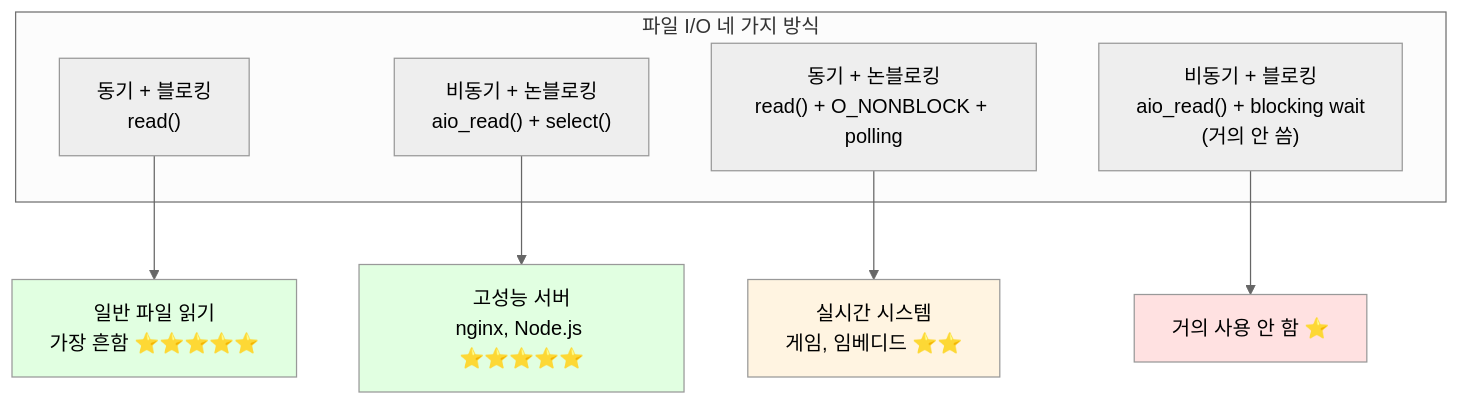
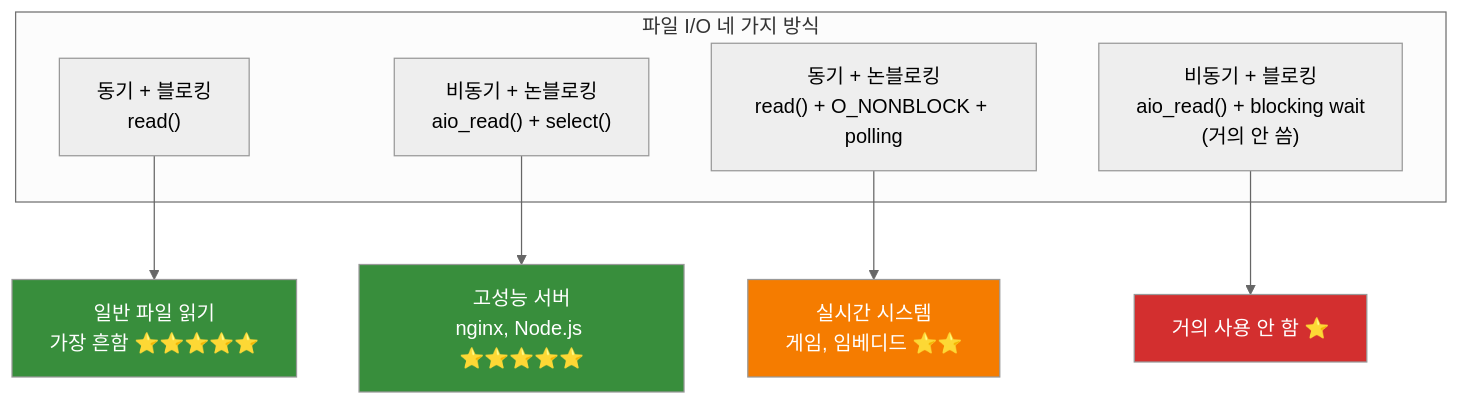
The tenth of 14 diagrams in computer-science/동기-비동기-블로킹-논블로킹.md (sskim91/TIL), drawn with Mermaid (neutral theme) before and after one commit. The commit also changed other lines of this file and 1 other file, not shown here.

````diff
--- a/computer-science/동기-비동기-블로킹-논블로킹.md
+++ b/computer-science/동기-비동기-블로킹-논블로킹.md
@@ -667,19 +667,19 @@
 ```mermaid
 graph TB
     subgraph "파일 I/O 네 가지 방식"
         A["동기 + 블로킹<br/>read()"]
         B["비동기 + 논블로킹<br/>aio_read() + select()"]
         C["동기 + 논블로킹<br/>read() + O_NONBLOCK + polling"]
         D["비동기 + 블로킹<br/>aio_read() + blocking wait<br/>(거의 안 씀)"]
     end
 
     A --> E["일반 파일 읽기<br/>가장 흔함 ⭐⭐⭐⭐⭐"]
     B --> F["고성능 서버<br/>nginx, Node.js ⭐⭐⭐⭐⭐"]
     C --> G["실시간 시스템<br/>게임, 임베디드 ⭐⭐"]
     D --> H["거의 사용 안 함 ⭐"]
 
-    style E fill:#e1ffe1
-    style F fill:#e1ffe1
-    style G fill:#fff4e1
-    style H fill:#ffe1e1
+    style E fill:#388E3C,color:#fff
+    style F fill:#388E3C,color:#fff
+    style G fill:#F57C00,color:#fff
+    style H fill:#D32F2F,color:#fff
 ```
````
